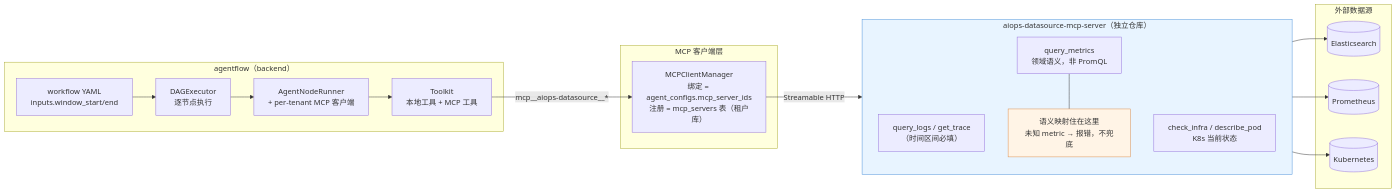
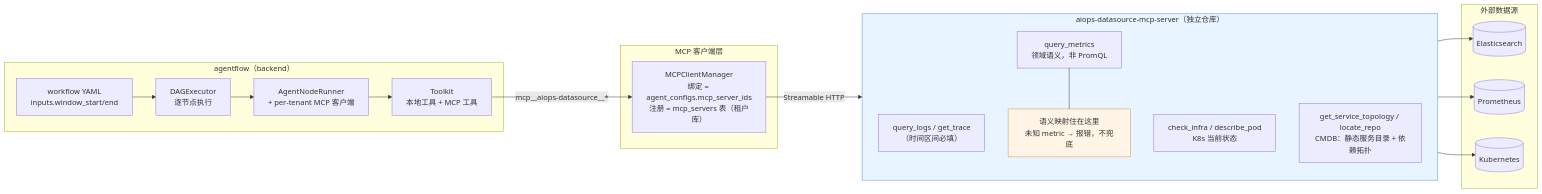
The diagram in docs/design-v5.5.md (aiops-platform/multi-agent-workflow), drawn with Mermaid before and after one commit. The commit also changed other lines of this file and 1 other file, not shown here.

First line of the commit message:
docs: CMDB 并入数据面——设计文档同步 + 修复被我误删的表格分隔行

````diff
--- a/docs/design-v5.5.md
+++ b/docs/design-v5.5.md
@@ -61,38 +61,39 @@
 ```mermaid
 flowchart LR
     subgraph AF["agentflow（backend）"]
         WF["workflow YAML<br/>inputs.window_start/end"]
         EX["DAGExecutor<br/>逐节点执行"]
         RN["AgentNodeRunner<br/>+ per-tenant MCP 客户端"]
         TK["Toolkit<br/>本地工具 + MCP 工具"]
         WF --> EX --> RN --> TK
     end
 
     subgraph MCPC["MCP 客户端层"]
         MM["MCPClientManager<br/>绑定 = agent_configs.mcp_server_ids<br/>注册 = mcp_servers 表（租户库）"]
     end
 
     subgraph SRV["aiops-datasource-mcp-server（独立仓库）"]
         direction TB
         T1["query_logs / get_trace<br/>（时间区间必填）"]
         T2["query_metrics<br/>领域语义，非 PromQL"]
         T3["check_infra / describe_pod<br/>K8s 当前状态"]
+        T4["get_service_topology / locate_repo<br/>CMDB：静态服务目录 + 依赖拓扑"]
         PMAP["语义映射住在这里<br/>未知 metric → 报错，不兜底"]
         T2 --- PMAP
     end
 
     subgraph EXT["外部数据源"]
         ES[("Elasticsearch")]
         PM[("Prometheus")]
         K8S[("Kubernetes")]
     end
 
     TK -->|"mcp__aiops-datasource__*"| MM
     MM -->|Streamable HTTP| SRV
     T1 --> ES
     T2 --> PM
     T3 --> K8S
 
     style SRV fill:#e8f4ff,stroke:#4a90d9
     style PMAP fill:#fff4e6,stroke:#d98b4a
 ```
````
